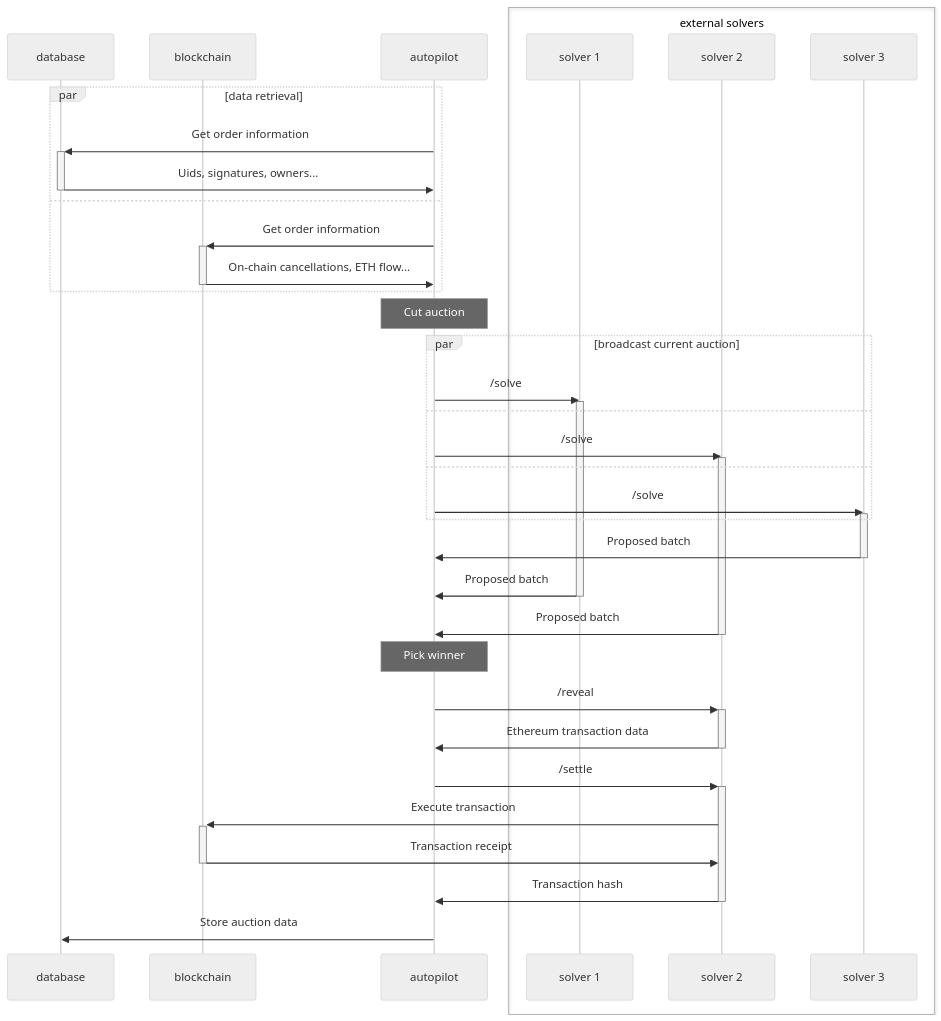
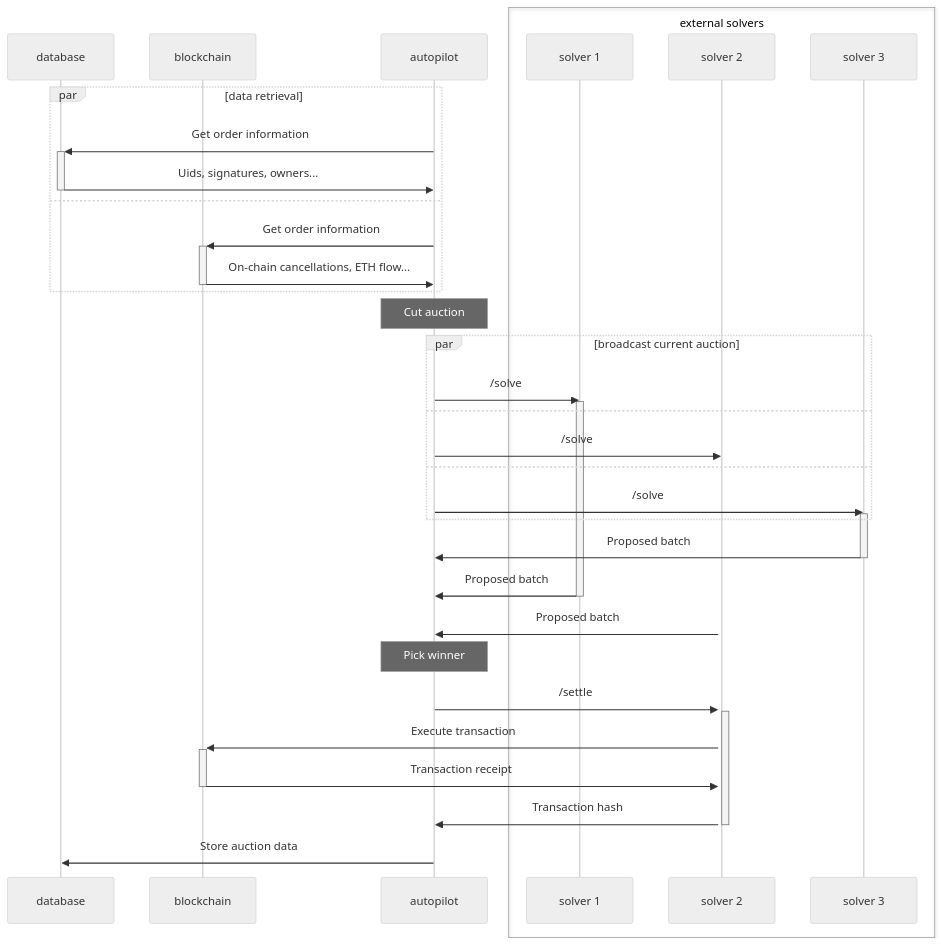
The diagram in docs/cow-protocol/tutorials/arbitrate/autopilot.md (cowprotocol/docs), drawn with Mermaid (neutral theme) before and after one commit. The commit also changed other lines of this file and 3 other files, not shown here.

````diff
--- a/docs/cow-protocol/tutorials/arbitrate/autopilot.md
+++ b/docs/cow-protocol/tutorials/arbitrate/autopilot.md
@@ -28,48 +28,45 @@
 ```mermaid
 sequenceDiagram
     participant database
     participant blockchain
     participant autopilot
     box external solvers
       participant solver 1
       participant solver 2
       participant solver 3
     end
 
     par data retrieval
       autopilot->>+database: Get order information
       database->>-autopilot: Uids, signatures, owners...
     and
       autopilot->>+blockchain: Get order information
       blockchain->>-autopilot: On-chain cancellations, ETH flow...
     end
 
     # auction
     Note over autopilot: Cut auction
     par broadcast current auction
       autopilot->>solver 1: /solve
       activate solver 1
     and
       autopilot->>solver 2: /solve
       activate solver 2
     and
       autopilot->>solver 3: /solve
       activate solver 3
     end
     solver 3->>autopilot: Proposed batch
     deactivate solver 3
     solver 1->>autopilot: Proposed batch
     deactivate solver 1
     solver 2->>autopilot: Proposed batch
-    deactivate solver 2
 
     Note over autopilot: Pick winner
-    autopilot->>+solver 2: /reveal
-    solver 2->>-autopilot: Ethereum transaction data
     autopilot->>+solver 2: /settle
     solver 2->>+blockchain: Execute transaction
     blockchain->>-solver 2: Transaction receipt
     solver 2->>-autopilot: Transaction hash
 
     autopilot->>database: Store auction data
 ```
````
